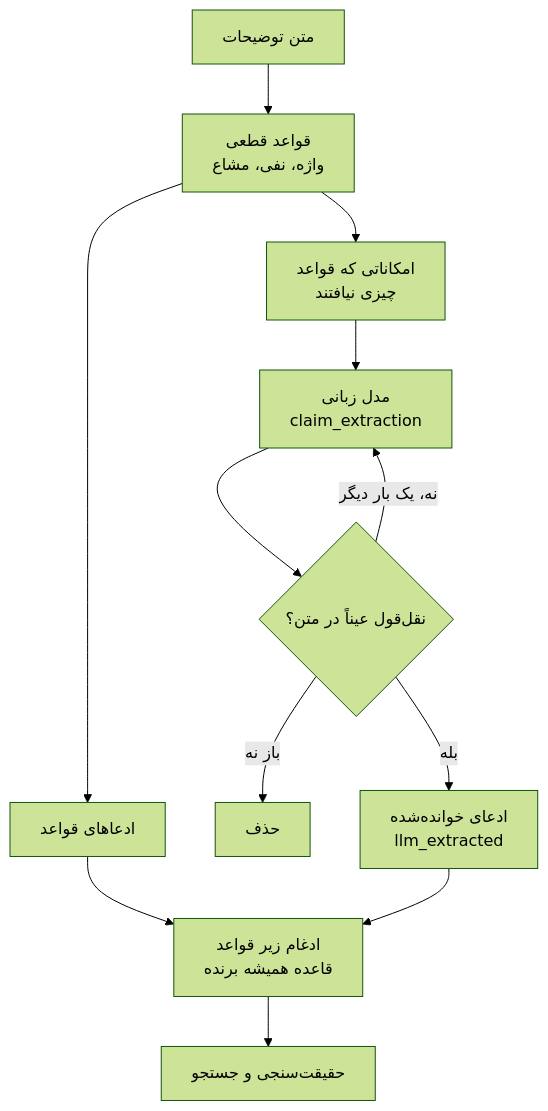
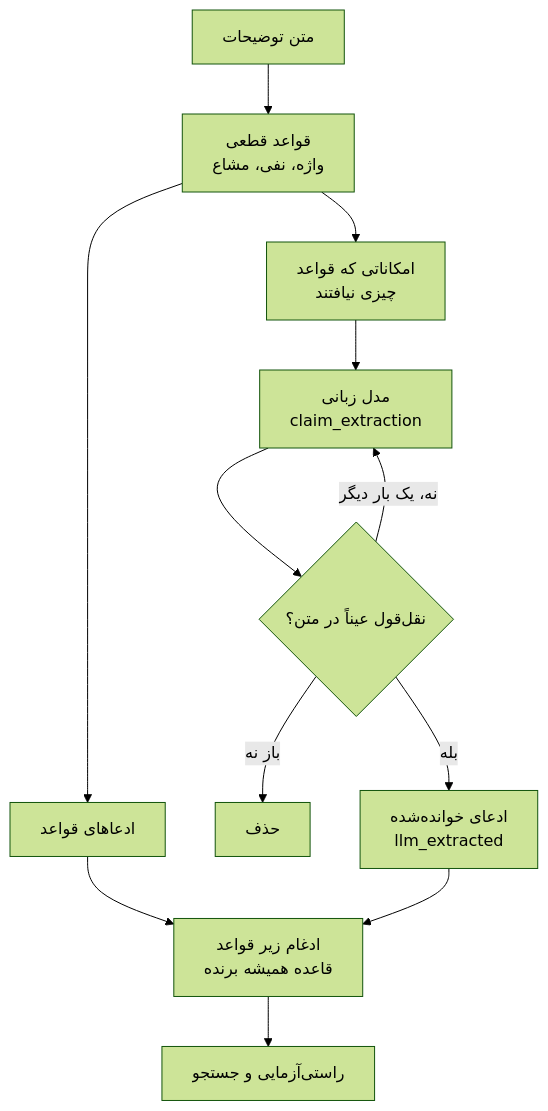
One commit to peyman886/villasanj changed the diagram in frontend/diagrams/claims-extraction.mmd. Above: the diagram before and after it, drawn with Mermaid (forest theme). The commit also changed 180 other files, not shown here.

```diff
--- a/frontend/diagrams/claims-extraction.mmd
+++ b/frontend/diagrams/claims-extraction.mmd
@@ -1,14 +1,14 @@
 flowchart TB
   accTitle: استخراج ادعاهای امکانات
   accDescr: قواعد اول اجرا می‌شوند؛ مدل فقط امکاناتی را می‌خواند که قواعد چیزی درباره‌شان نیافته‌اند، و هر نقل‌قول باید عیناً در متن باشد.
   text["متن توضیحات"] --> rules["قواعد قطعی<br/>واژه، نفی، مشاع"]
   rules --> found["ادعاهای قواعد"]:::good
   rules --> residue["امکاناتی که قواعد<br/>چیزی نیافتند"]
   residue --> llm["مدل زبانی<br/>claim_extraction"]:::llm
   llm --> quote{"نقل‌قول عیناً در متن؟"}:::decision
   quote -- "نه، یک بار دیگر" --> llm
   quote -- "باز نه" --> dropq["حذف"]:::warn
   quote -- "بله" --> read["ادعای خوانده‌شده<br/>llm_extracted"]
   found --> merged["ادغام زیر قواعد<br/>قاعده همیشه برنده"]
   read --> merged
-  merged --> use["حقیقت‌سنجی و جستجو"]
+  merged --> use["راستی‌آزمایی و جستجو"]
```
